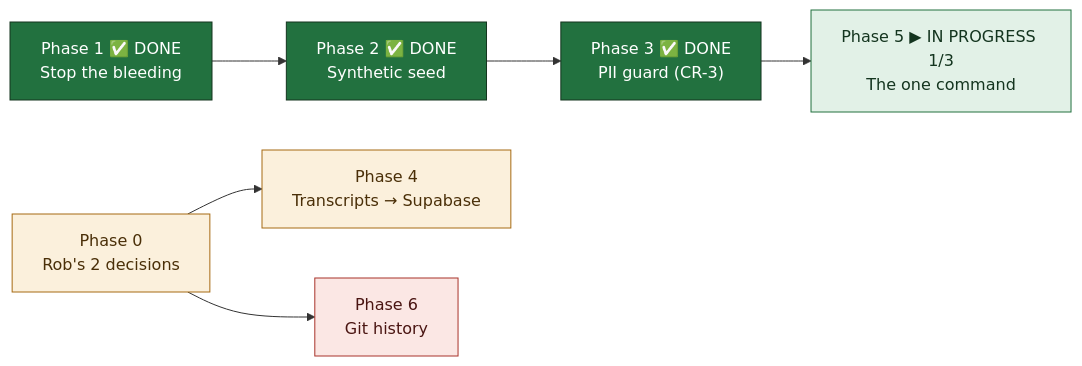
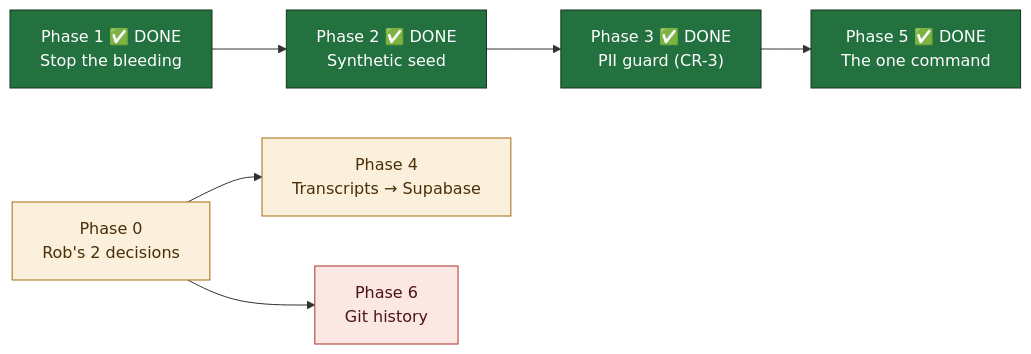
One commit to blacklabelbob/mle-rob-dashboard changed the diagram in docs/plans/PRD-scaffolding-in-git-data-in-supabase-v1.md. Above: the diagram before and after it, drawn with Mermaid. The commit also changed other lines of this file and 3 other files, not shown here.

````diff
--- a/docs/plans/PRD-scaffolding-in-git-data-in-supabase-v1.md
+++ b/docs/plans/PRD-scaffolding-in-git-data-in-supabase-v1.md
@@ -30,19 +30,19 @@
 ```mermaid
 graph LR
   P0["Phase 0<br/>Rob's 2 decisions"]:::blocked
   P1["Phase 1 ✅ DONE<br/>Stop the bleeding"]:::done
   P2["Phase 2 ✅ DONE<br/>Synthetic seed"]:::done
   P3["Phase 3 ✅ DONE<br/>PII guard (CR-3)"]:::done
-  P5["Phase 5 ▶ IN PROGRESS 1/3<br/>The one command"]:::ready
+  P5["Phase 5 ✅ DONE<br/>The one command"]:::done
   P4["Phase 4<br/>Transcripts → Supabase"]:::blocked
   P6["Phase 6<br/>Git history"]:::danger
 
   P1 --> P2 --> P3 --> P5
   P0 --> P4
   P0 --> P6
 
   classDef done fill:#22713F,stroke:#14351F,color:#FFFFFF
   classDef ready fill:#E2F1E7,stroke:#22713F,color:#14351F
   classDef blocked fill:#FBF0DC,stroke:#A66A12,color:#4A2F08
   classDef danger fill:#FBE7E4,stroke:#A8332A,color:#4A1512
 ```
````
